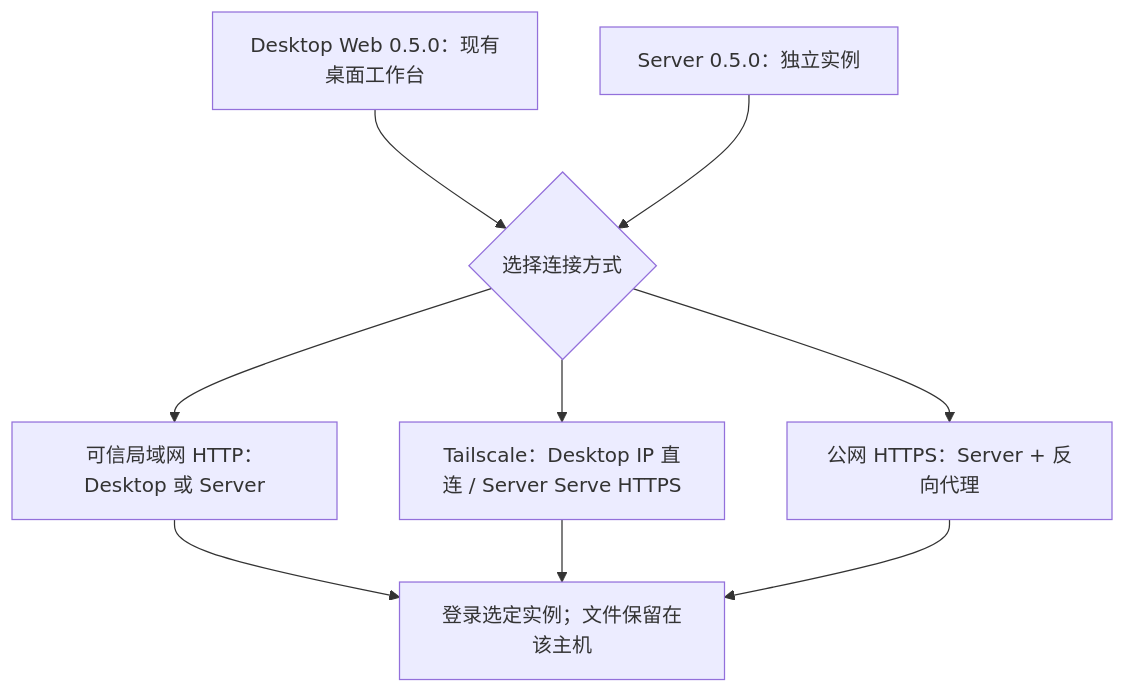
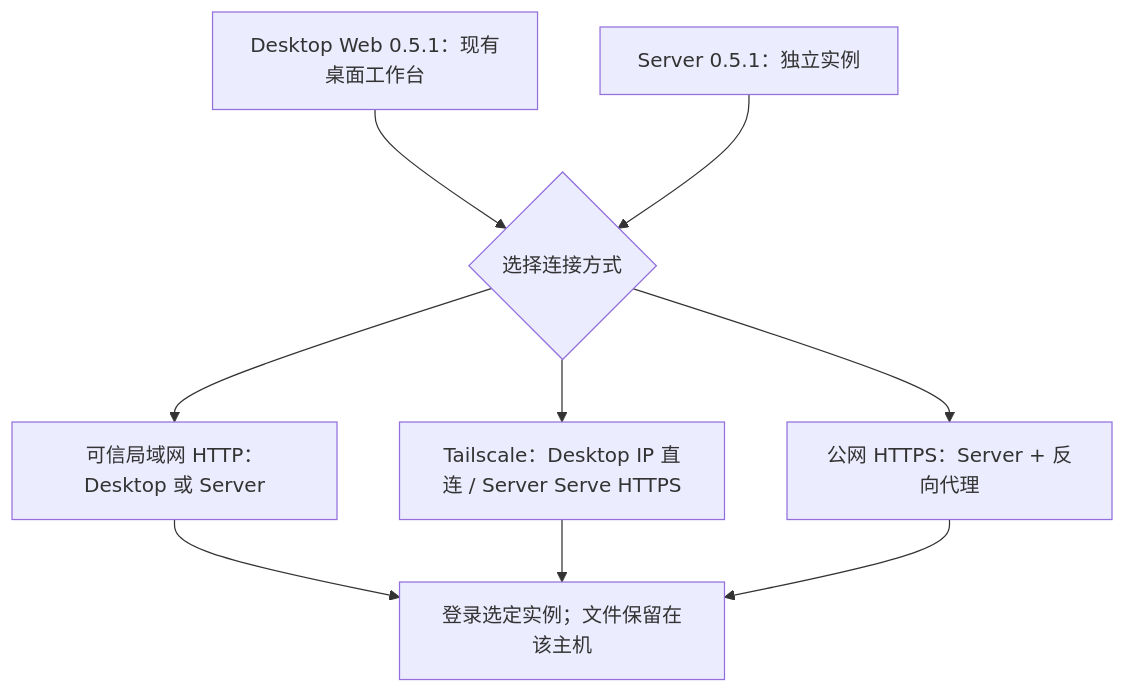
Before and after one commit to 123eyu/rovai-ai: the diagram in website/site/public/assets/diagrams/deployment-choice-zh.mmd, drawn with Mermaid. The commit also changed 10 other files, not shown here.

```diff
--- a/website/site/public/assets/diagrams/deployment-choice-zh.mmd
+++ b/website/site/public/assets/diagrams/deployment-choice-zh.mmd
@@ -1,12 +1,12 @@
 flowchart TB
-  desktop["Desktop Web 0.5.0：现有桌面工作台"]
-  server["Server 0.5.0：独立实例"]
+  desktop["Desktop Web 0.5.1：现有桌面工作台"]
+  server["Server 0.5.1：独立实例"]
   choice{"选择连接方式"}
   desktop --> choice
   server --> choice
   choice --> lan["可信局域网 HTTP：Desktop 或 Server"]
   choice --> ts["Tailscale：Desktop IP 直连 / Server Serve HTTPS"]
   choice --> public["公网 HTTPS：Server + 反向代理"]
   lan --> login["登录选定实例；文件保留在该主机"]
   ts --> login
   public --> login
```
